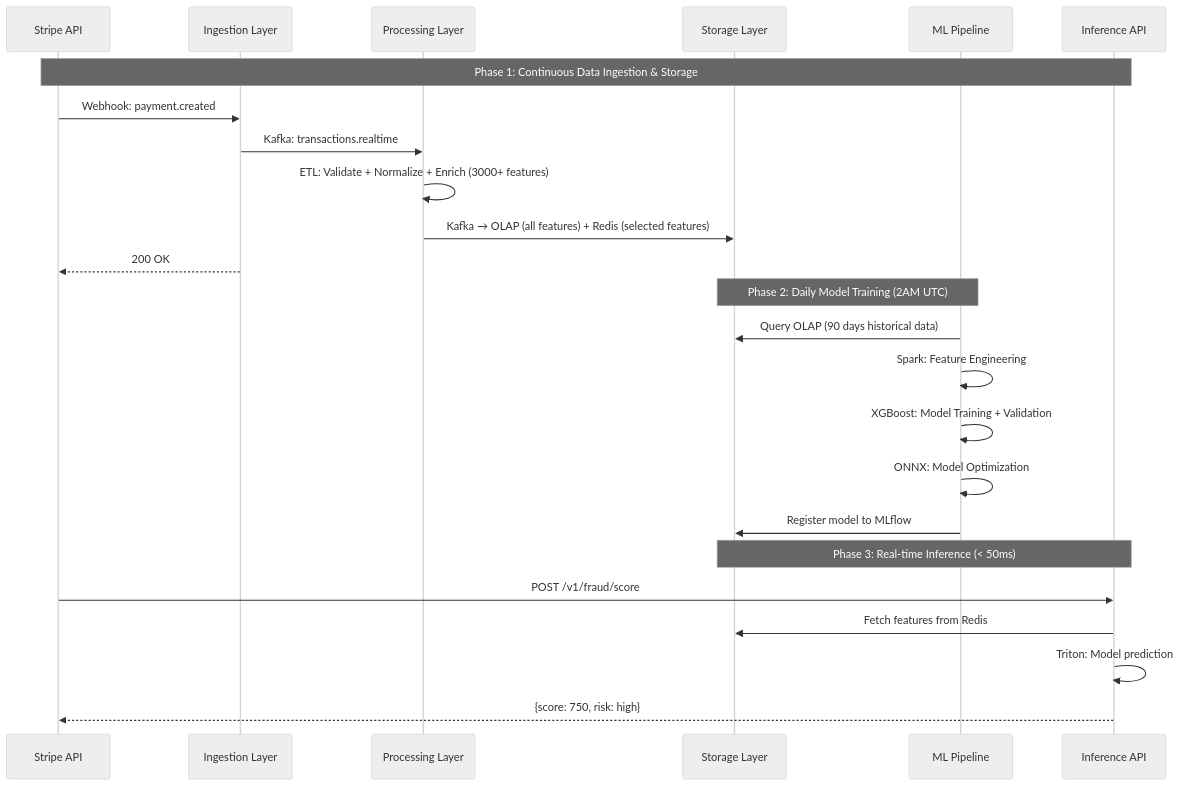
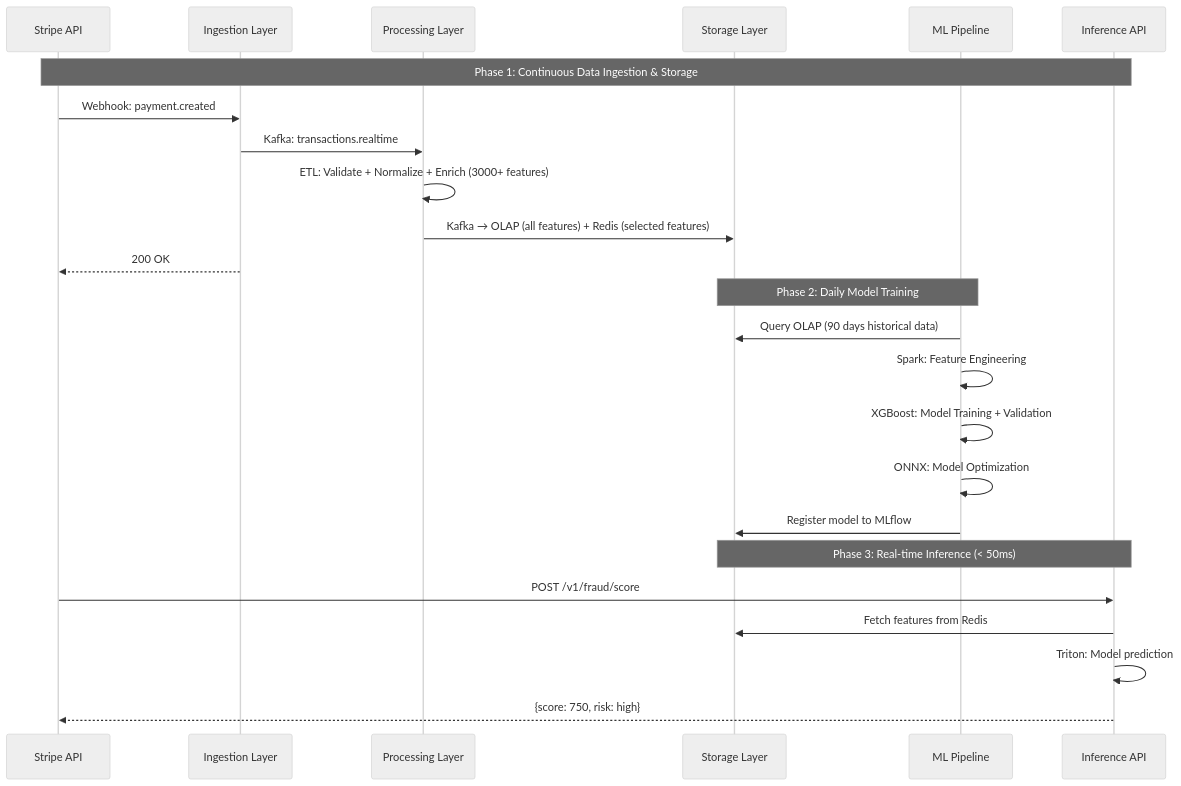
Before and after one commit to ZBcheng/corgi-design: the first of 3 diagrams in solutions.md, drawn with Mermaid (neutral theme). The commit also changed other lines of this file, not shown here.

Commit message:
docs: update Daily Model Training note in solutions.md
Removed time specification from Daily Model Training note.

````diff
--- a/solutions.md
+++ b/solutions.md
@@ -53,32 +53,32 @@
 ```mermaid
 sequenceDiagram
     participant Provider as Stripe API
     participant Ingestion as Ingestion Layer
     participant Processing as Processing Layer
     participant Storage as Storage Layer
     participant MLPipeline as ML Pipeline
     participant Inference as Inference API
 
     Note over Provider,Inference: Phase 1: Continuous Data Ingestion & Storage
     
     Provider->>Ingestion: Webhook: payment.created
     Ingestion->>Processing: Kafka: transactions.realtime
     Processing->>Processing: ETL: Validate + Normalize + Enrich (3000+ features)
     Processing->>Storage: Kafka → OLAP (all features) + Redis (selected features)
     Ingestion-->>Provider: 200 OK
 
-    Note over Storage,MLPipeline: Phase 2: Daily Model Training (2AM UTC)
+    Note over Storage,MLPipeline: Phase 2: Daily Model Training
     
     MLPipeline->>Storage: Query OLAP (90 days historical data)
     MLPipeline->>MLPipeline: Spark: Feature Engineering
     MLPipeline->>MLPipeline: XGBoost: Model Training + Validation
     MLPipeline->>MLPipeline: ONNX: Model Optimization
     MLPipeline->>Storage: Register model to MLflow
 
     Note over Storage,Inference: Phase 3: Real-time Inference (< 50ms)
     
     Provider->>Inference: POST /v1/fraud/score
     Inference->>Storage: Fetch features from Redis
     Inference->>Inference: Triton: Model prediction
     Inference-->>Provider: {score: 750, risk: high}
 ```
````
